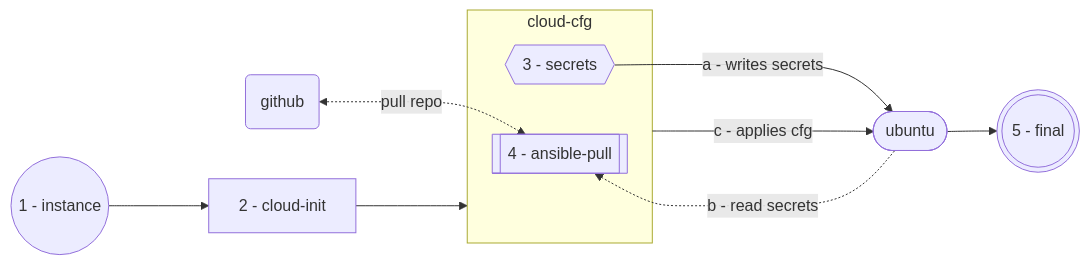
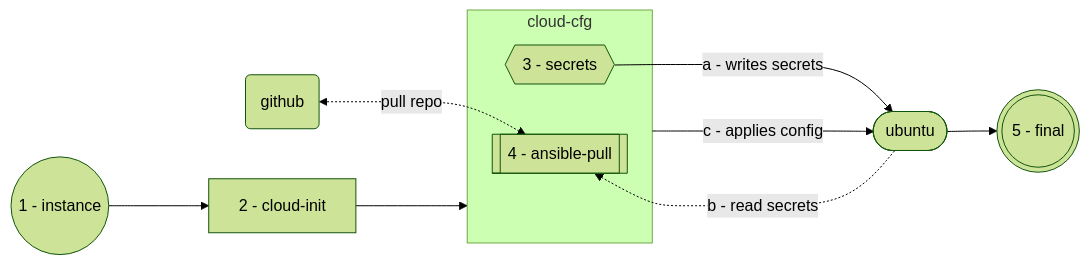
The diagram in projects/PasswordZero.md (freedomfury/documents), drawn with Mermaid before and after one commit. The commit also changed other lines of this file and 5 other files, not shown here.

````diff
--- a/projects/PasswordZero.md
+++ b/projects/PasswordZero.md
@@ -22,23 +22,27 @@
 ```mermaid
+---
+config:
+  theme: forest
+---
 graph LR
 in(( 1 - instance))
 cii[ 2 - cloud-init]
 
 os([ubuntu])
 gh(github)
 fin(((5 - final)))
 
 in  ---> cii
 cii --> cic
 gh  <-. pull repo .-> ap
 
 subgraph cic [cloud-cfg]
 sc{{ 3 - secrets}}
 ap[[ 4 - ansible-pull]]
 end
 
 sc  -- a - writes secrets --> os
-cic -- c - applies cfg    ---> os
-os  -. b - read secrets   .-> ap
+cic -- c - applies config    ---> os
+os  -. b - read secrets  .-> ap
 os --> fin
 ```
````
